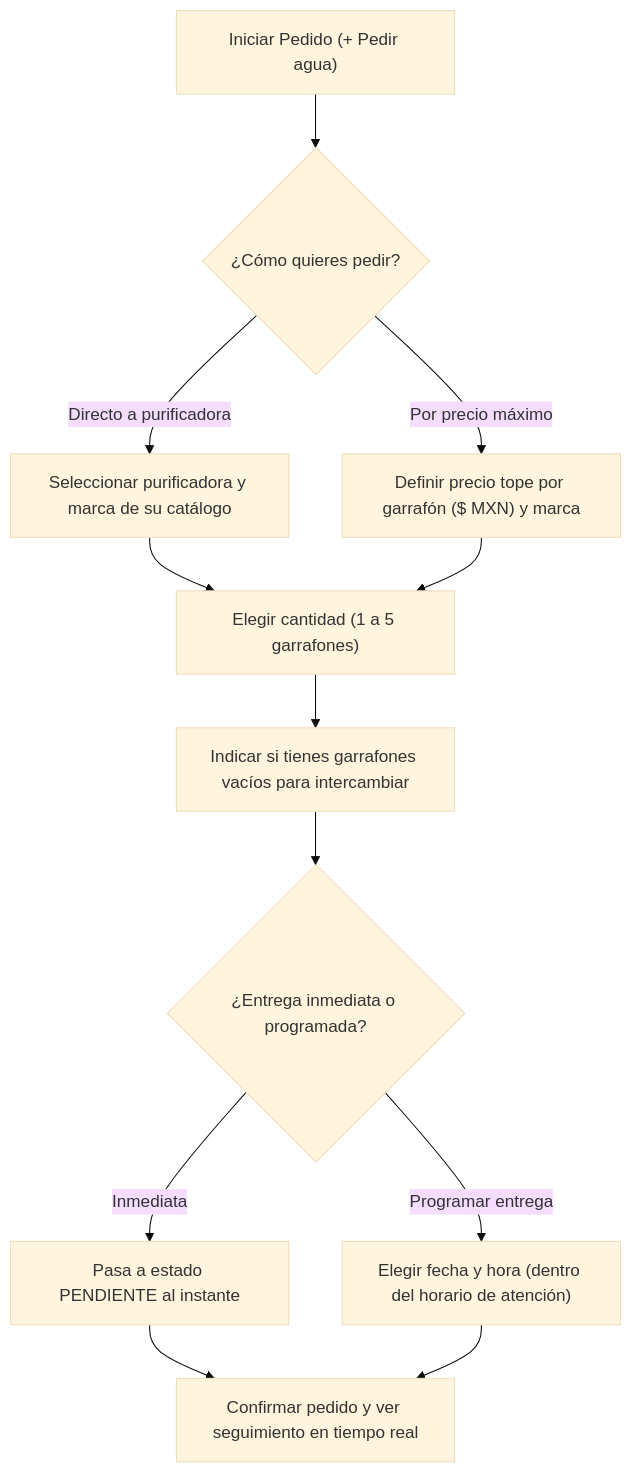
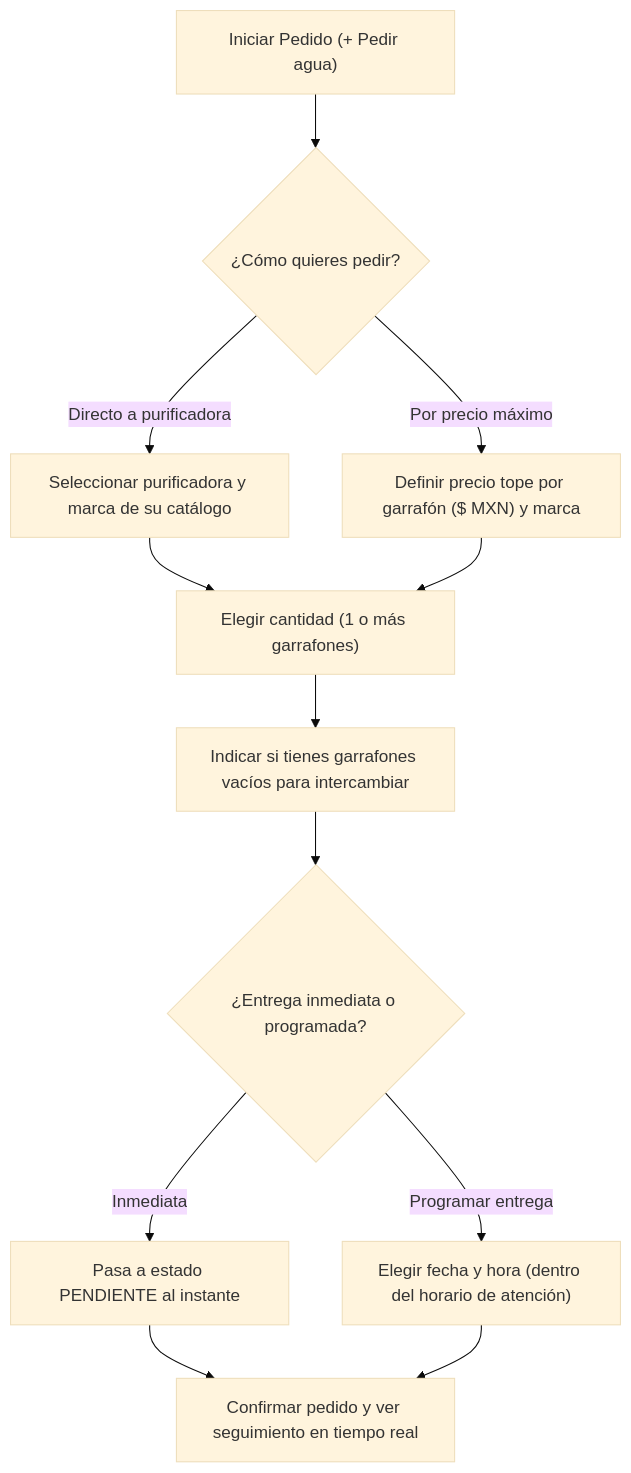
One commit to Brandonttt/H2ToGo changed the second of 3 diagrams in README.md. Above: the diagram before and after it, drawn with Mermaid (base theme). The commit also changed other lines of this file, not shown here.

````diff
--- a/README.md
+++ b/README.md
@@ -116,14 +116,14 @@
 ```mermaid
 flowchart TD
     A["Iniciar Pedido (+ Pedir agua)"] --> B{"¿Cómo quieres pedir?"}
     B -->|Directo a purificadora| C["Seleccionar purificadora y marca de su catálogo"]
     B -->|Por precio máximo| D["Definir precio tope por garrafón ($ MXN) y marca"]
-    C --> E["Elegir cantidad (1 a 5 garrafones)"]
+    C --> E["Elegir cantidad (1 o más garrafones)"]
     D --> E
     E --> F["Indicar si tienes garrafones vacíos para intercambiar"]
     F --> G{"¿Entrega inmediata o programada?"}
     G -->|Inmediata| H["Pasa a estado PENDIENTE al instante"]
     G -->|Programar entrega| I["Elegir fecha y hora (dentro del horario de atención)"]
     H --> J["Confirmar pedido y ver seguimiento en tiempo real"]
     I --> J
 ```
````
